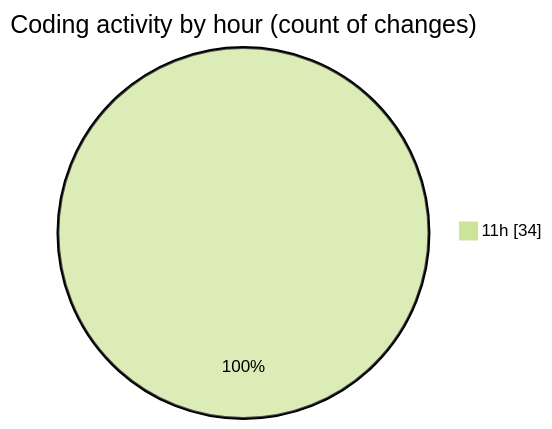
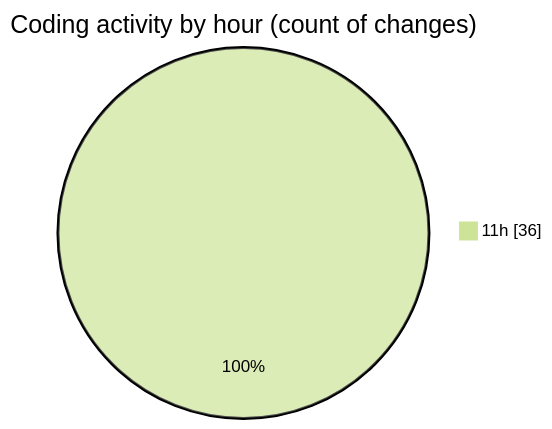
One commit to charlie-sans/code-tracking changed the second of 2 diagrams in 2025-04-30/uhigh-lang/README.md. Above: the diagram before and after it, drawn with Mermaid (forest theme). The commit also changed other lines of this file and 1 other file, not shown here.

````diff
--- a/2025-04-30/uhigh-lang/README.md
+++ b/2025-04-30/uhigh-lang/README.md
@@ -36,5 +36,5 @@
 ```mermaid
 pie showData
 title Coding activity by hour (count of changes)
-"11h" : 34
+"11h" : 36
 ```
````
